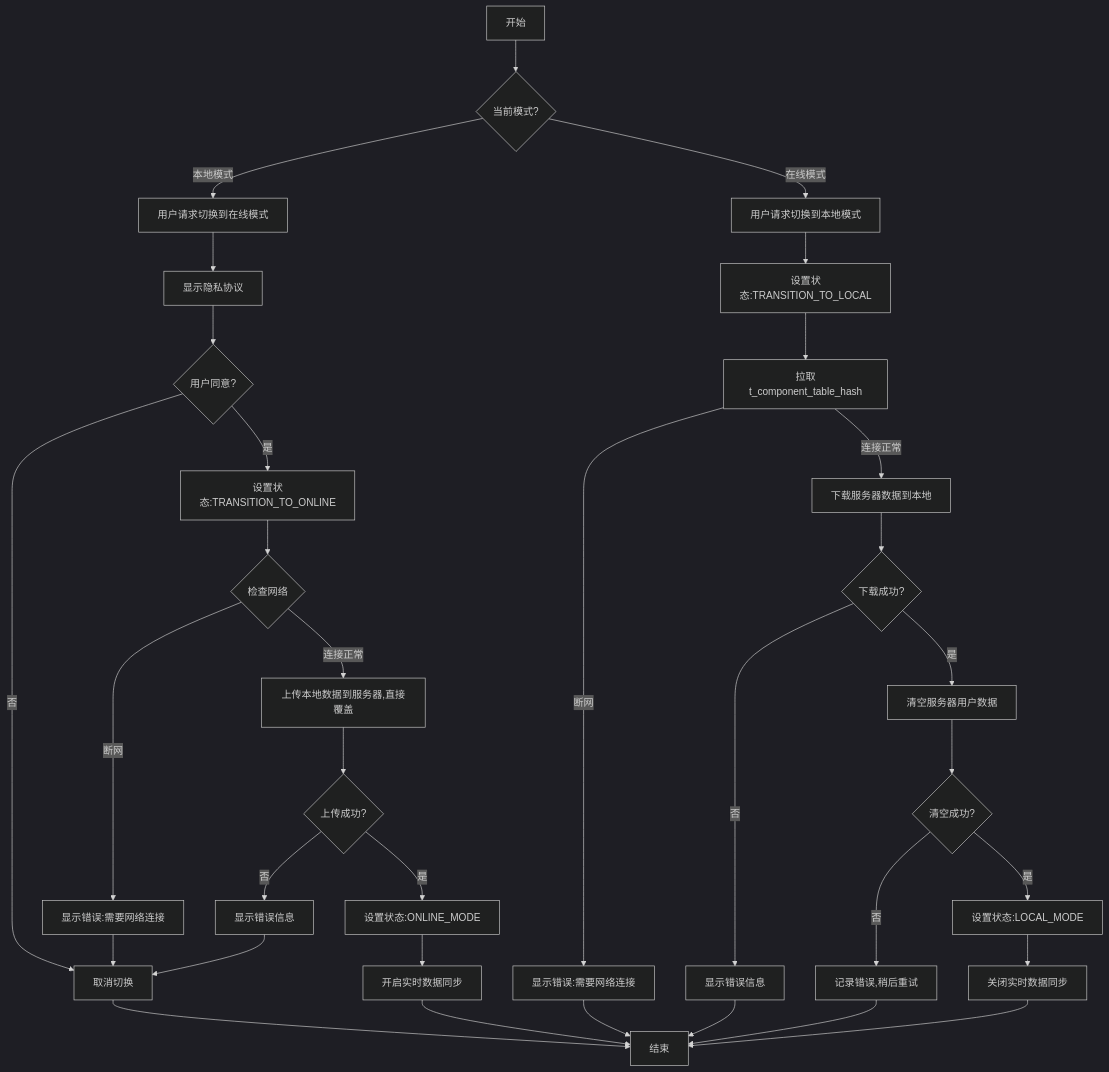
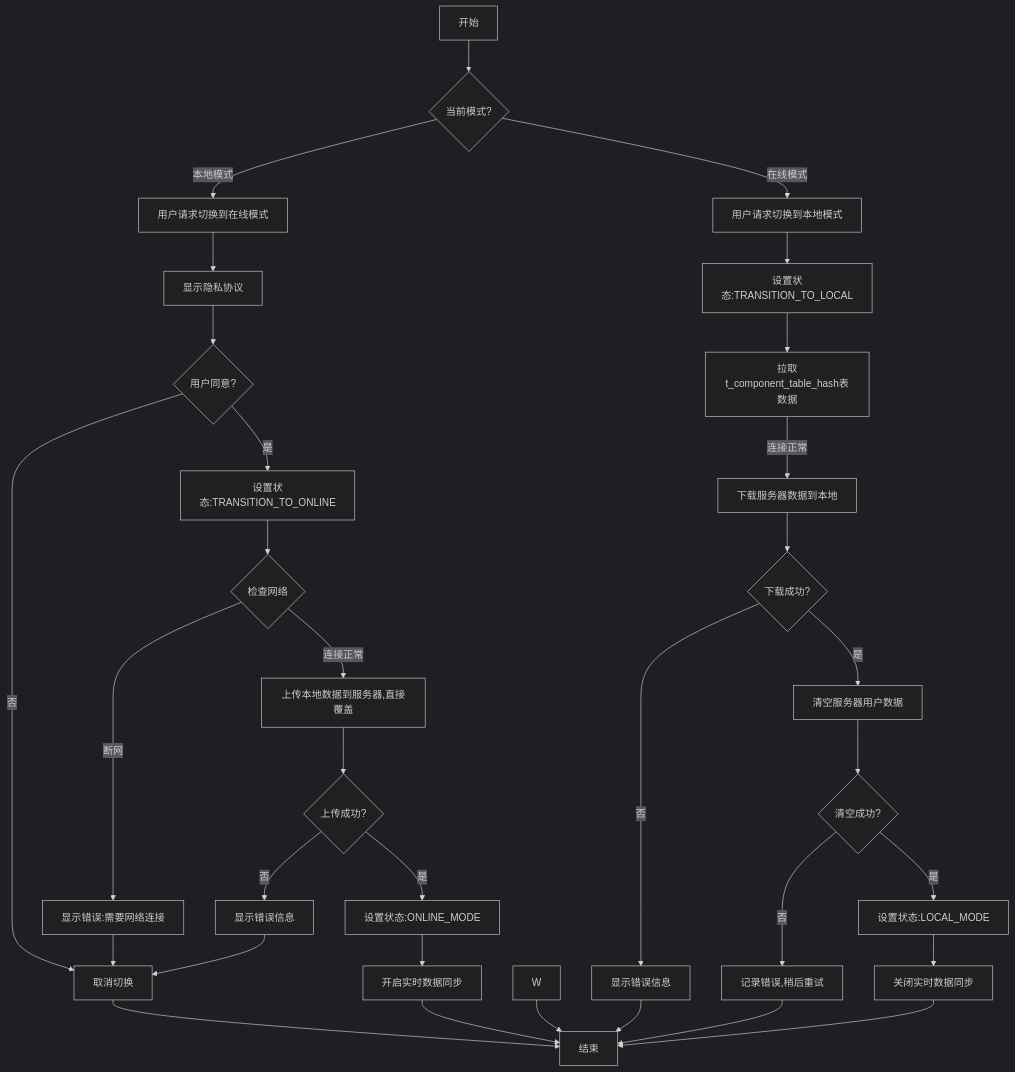
The diagram in all/未命名-50.md (yingjianzh/iodraw-files), drawn with Mermaid (dark theme) before and after one commit.

Commit message:
2025-05-08 16:09:18 update

````diff
--- a/all/未命名-50.md
+++ b/all/未命名-50.md
@@ -1,40 +1,40 @@
 ```mermaid
 
 flowchart TD
     A[开始] --> B{当前模式?}
     
     B -->|本地模式| C[用户请求切换到在线模式]
     C --> F[显示隐私协议]
     F --> G{用户同意?}
     G -->|否| H[取消切换]
     H --> Z[结束]
     G -->|是| I[设置状态:TRANSITION_TO_ONLINE]
     I --> J{检查网络}
     J -->|断网| K[显示错误:需要网络连接]
     K --> H
     J -->|连接正常| O[上传本地数据到服务器,直接覆盖]
     O --> P{上传成功?}
     P -->|否| Q[显示错误信息]
     Q --> H
     P -->|是| R[设置状态:ONLINE_MODE]
     R --> S[开启实时数据同步]
     S --> Z
     
     B -->|在线模式| T[用户请求切换到本地模式]
     T --> U[设置状态:TRANSITION_TO_LOCAL]
-    U --> V[拉取t_component_table_hash]
-    V -->|断网| W[显示错误:需要网络连接]
+    U --> V[拉取t_component_table_hash表数据]
+    
     W --> Z
     V -->|连接正常| X[下载服务器数据到本地]
     X --> Y{下载成功?}
     Y -->|否| AA2[显示错误信息]
     AA2 --> Z
     Y -->|是| AB2[清空服务器用户数据]
     AB2 --> AC2{清空成功?}
     AC2 -->|否| AD2[记录错误,稍后重试]
     AD2 --> Z
     AC2 -->|是| AE[设置状态:LOCAL_MODE]
     AE --> AF[关闭实时数据同步]
     AF --> Z
 
 ```
````
